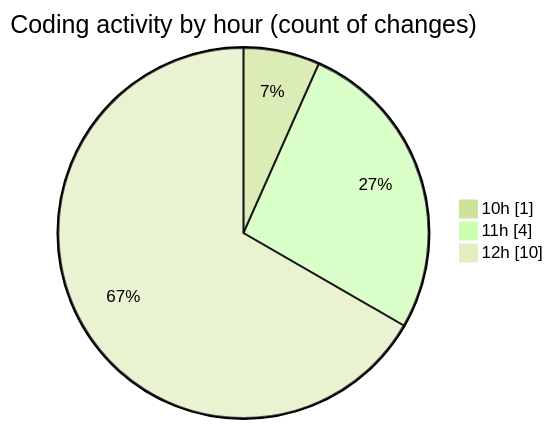
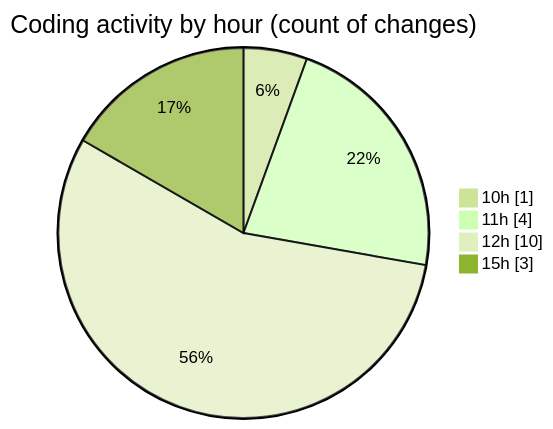
Before and after one commit to debugP/code-tracking: the second of 2 diagrams in 2025-10-08/untitled__workspace_/README.md, drawn with Mermaid (forest theme). The commit also changed other lines of this file and 1 other file, not shown here.

````diff
--- a/2025-10-08/untitled__workspace_/README.md
+++ b/2025-10-08/untitled__workspace_/README.md
@@ -30,7 +30,8 @@
 ```mermaid
 pie showData
 title Coding activity by hour (count of changes)
 "10h" : 1
 "11h" : 4
 "12h" : 10
+"15h" : 3
 ```
````
